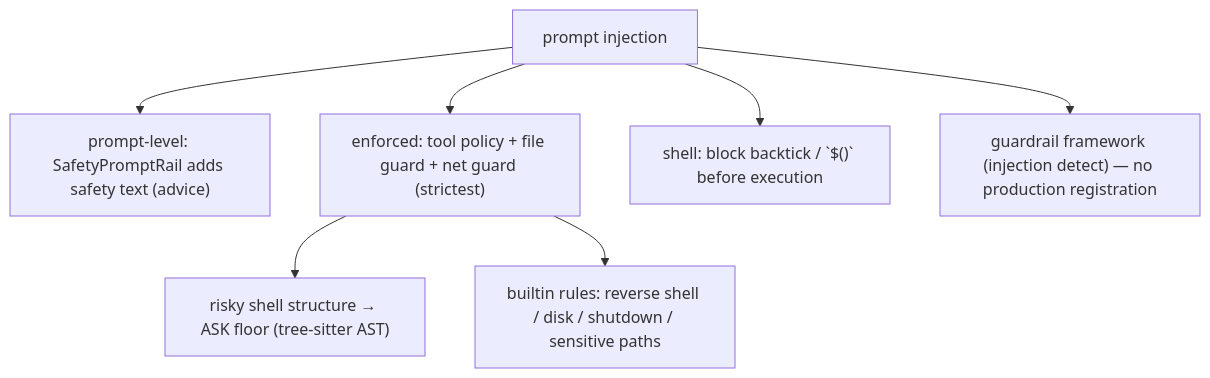
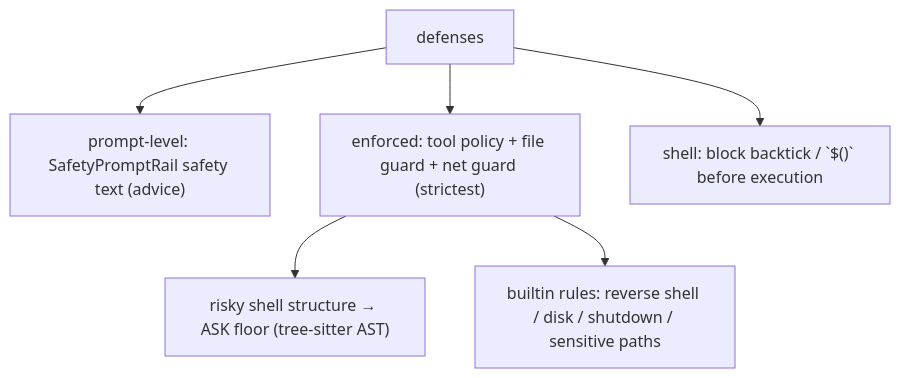
One commit to michaelatamuk/openjiuwen-knowledge changed the second of 11 diagrams in content/topics/18-security-and-safety.md. Above: the diagram before and after it, drawn with Mermaid. The commit also changed other lines of this file and 58 other files, not shown here.

````diff
--- a/content/topics/18-security-and-safety.md
+++ b/content/topics/18-security-and-safety.md
@@ -9,9 +35,8 @@
 ```mermaid
 flowchart TD
-    INJ["prompt injection"] --> P["prompt-level: SafetyPromptRail adds safety text (advice)"]
-    INJ --> ENF["enforced: tool policy + file guard + net guard (strictest)"]
+    DEF["defenses"] --> P["prompt-level: SafetyPromptRail safety text (advice)"]
+    DEF --> ENF["enforced: tool policy + file guard + net guard (strictest)"]
     ENF --> ASK["risky shell structure → ASK floor (tree-sitter AST)"]
     ENF --> DENY["builtin rules: reverse shell / disk / shutdown / sensitive paths"]
-    INJ --> SH["shell: block backtick / `$()` before execution"]
-    INJ --> G["guardrail framework (injection detect) — no production registration"]
+    DEF --> SH["shell: block backtick / `$()` before execution"]
 ```
````
